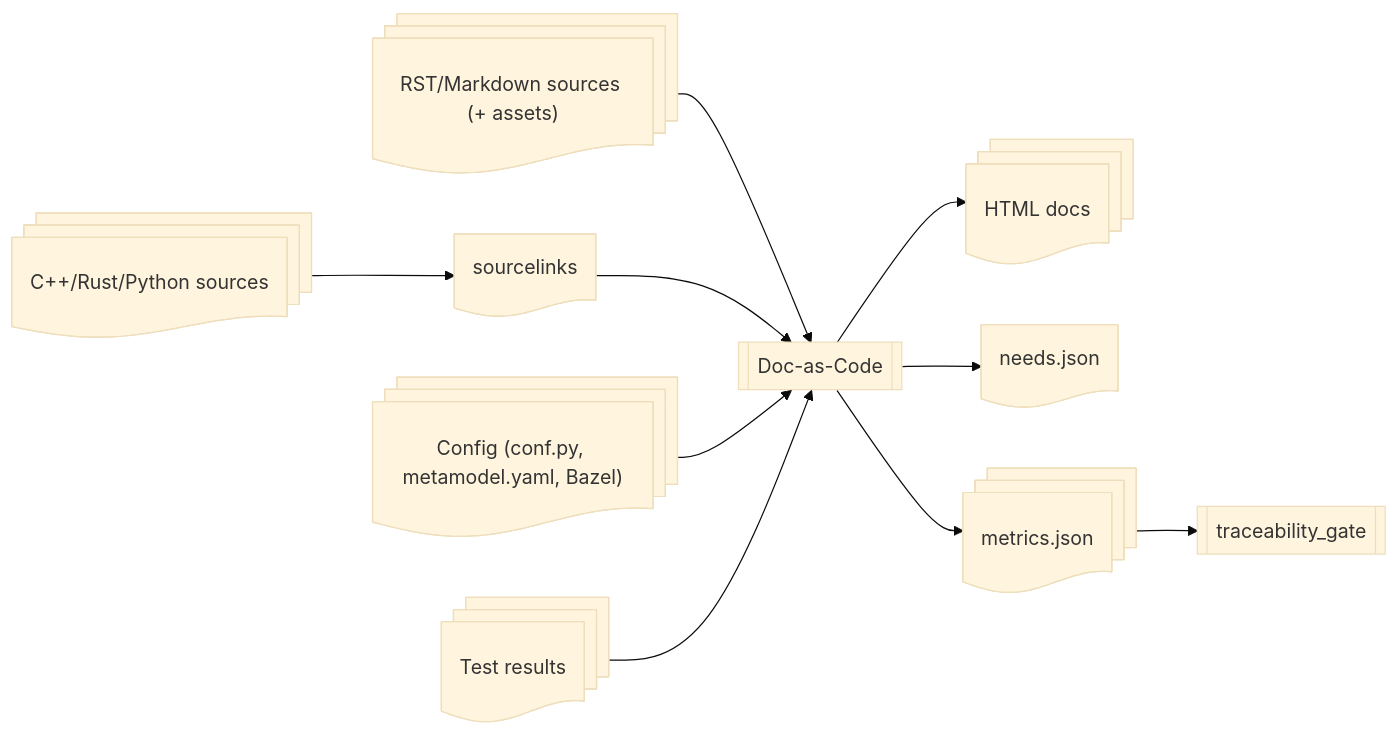
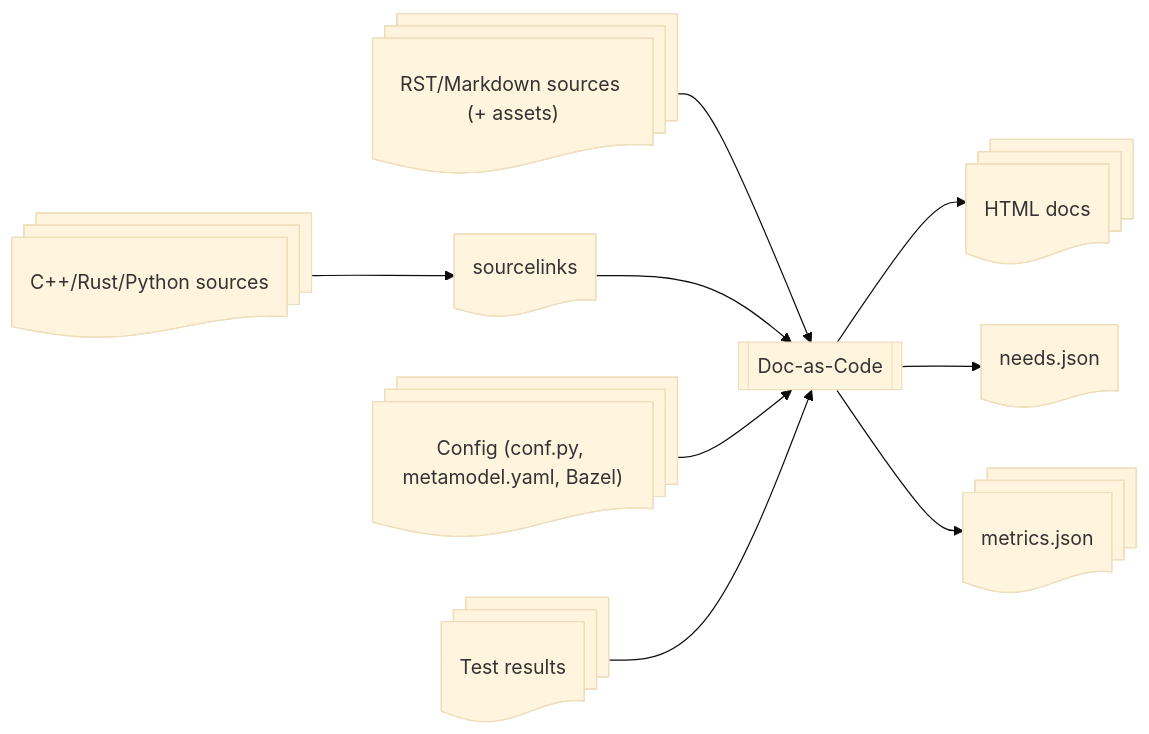
The diagram in docs/score_tools/tools_documentation/doc_as_code.rst (eclipse-score/score), drawn with Mermaid (base theme) before and after one commit. The commit also changed other lines of this file, not shown here.

```diff
--- a/docs/score_tools/tools_documentation/doc_as_code.rst
+++ b/docs/score_tools/tools_documentation/doc_as_code.rst
@@ -49,22 +49,20 @@
 .. mermaid::
 
    graph LR
       src@{ shape: docs, label: "RST/Markdown sources (+ assets)" }
       code@{ shape: docs, label: "C++/Rust/Python sources" }
       srclinks@{ shape: doc, label: "sourcelinks" }
       cfg@{ shape: docs, label: "Config (conf.py, metamodel.yaml, Bazel)" }
       tests@{ shape: docs, label: "Test results" }
       dac@{ shape: subproc, label: "Doc-as-Code" }
       html@{ shape: docs, label: "HTML docs" }
       needs@{ shape: doc, label: "needs.json" }
       metrics@{ shape: docs, label: "metrics.json" }
-      gate@{ shape: subproc, label: "traceability_gate" }
 
       src --> dac
       code --> srclinks --> dac
       cfg --> dac
       tests --> dac
       dac --> html
       dac --> needs
       dac --> metrics
-      metrics --> gate
```
